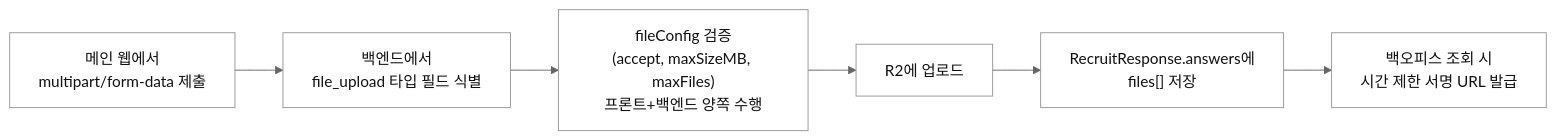
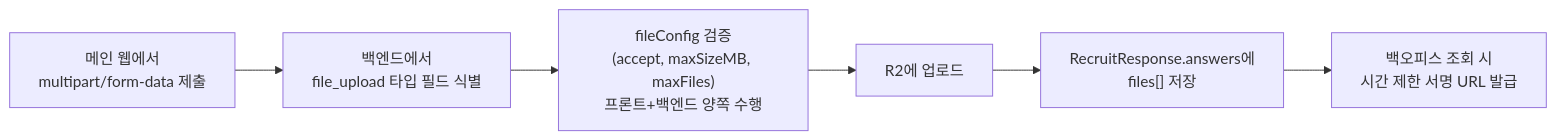
Before and after one commit to quipu-uos/blueprint: the seventh of 11 diagrams in 2026-renewal/feature/04-recruit-form-cms.md, drawn with Mermaid. The commit also changed other lines of this file, not shown here.

Commit message:
docs(recruit): remove mermaid theme overrides

````diff
--- a/2026-renewal/feature/04-recruit-form-cms.md
+++ b/2026-renewal/feature/04-recruit-form-cms.md
@@ -896,9 +890,8 @@
 ```mermaid
-%%{init: {'theme':'base','themeVariables': {'primaryColor':'transparent','primaryBorderColor':'#999999','primaryTextColor':'#111111','lineColor':'#666666','secondaryColor':'transparent','tertiaryColor':'transparent','clusterBkg':'transparent','clusterBorder':'#999999'}}}%%
 flowchart LR
     A["메인 웹에서<br/>multipart/form-data 제출"] --> B["백엔드에서<br/>file_upload 타입 필드 식별"]
     B --> C["fileConfig 검증<br/>(accept, maxSizeMB, maxFiles)<br/>프론트+백엔드 양쪽 수행"]
     C --> D["R2에 업로드"]
     D --> E["RecruitResponse.answers에<br/>files[] 저장"]
     E --> F["백오피스 조회 시<br/>시간 제한 서명 URL 발급"]
 ```
````
